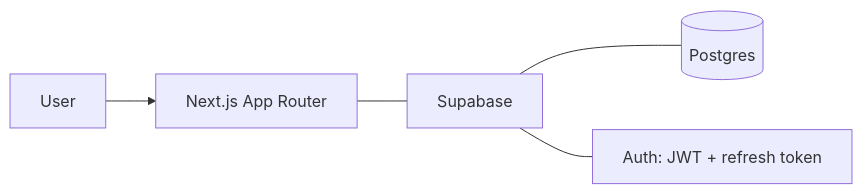
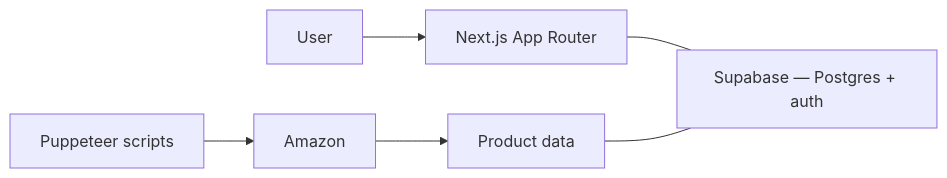
One commit to tylerp63/updated-portfolio changed the diagram in content/dropit.mdx. Above: the diagram before and after it, drawn with Mermaid. The commit also changed other lines of this file and 11 other files, not shown here.

````diff
--- a/content/dropit.mdx
+++ b/content/dropit.mdx
@@ -21,7 +17,8 @@
 ```mermaid
 flowchart LR
   U[User] --> APP[Next.js App Router]
-  APP --- SB[Supabase]
-  SB --- PG[(Postgres)]
-  SB --- AUTH[Auth: JWT + refresh token]
+  APP --- SB["Supabase — Postgres + auth"]
+  PUP[Puppeteer scripts] --> AMZ[Amazon]
+  AMZ --> DATA[Product data]
+  DATA --- SB
 ```
````
